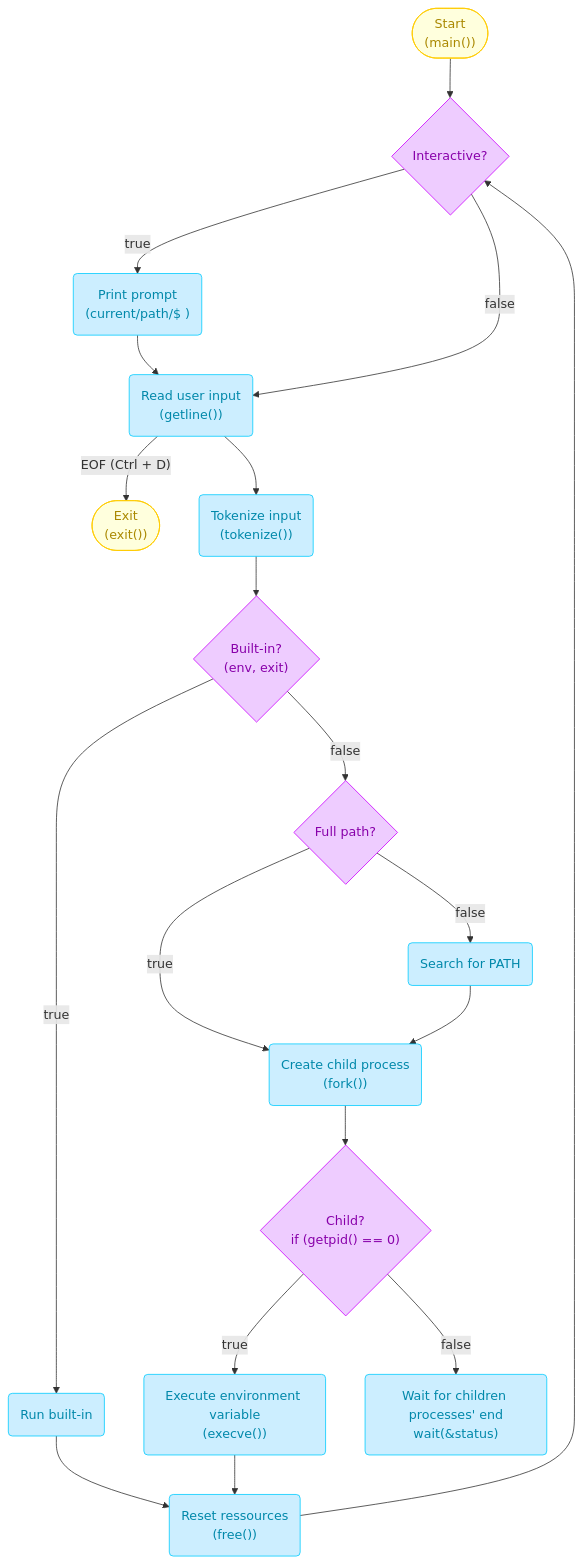
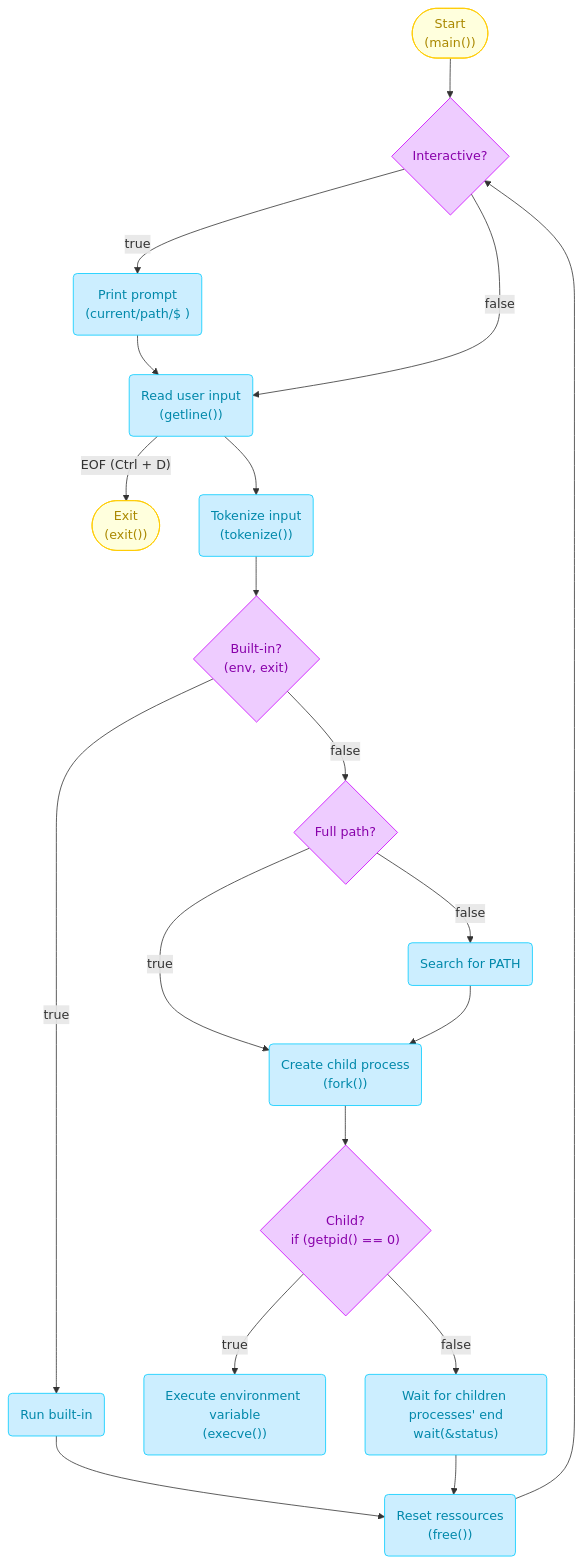
Before and after one commit to Ashe2A/holbertonschool-simple_shell: the diagram in README.md, drawn with Mermaid.

Commit message:
reset ressources from parent

````diff
--- a/README.md
+++ b/README.md
@@ -38,39 +38,39 @@
 ```mermaid
 flowchart
     start(["Start<br>(main())"]) --> interact{"Interactive?"}
     interact -- true --> prompt("Print prompt<br>(current/path/$ )")
     prompt --> getline("Read user input<br>(getline())")
     interact -- false --> getline
     getline -- EOF (Ctrl + D) --> EOF(["Exit<br>(exit())"])
     getline --> tokenize("Tokenize input<br>(tokenize())")
     tokenize --> builtin_check{"Built-in?<br>(env, exit)"}
     builtin_check -- false --> full_path_check{"Full path?"}
     builtin_check -- true --> builtin_run("Run built-in")
     builtin_run --> reset_ressources
     full_path_check -- true --> fork("Create child process<br>(fork())")
     fork --> fork_check{"Child?<br>if (getpid() == 0)"}
     fork_check -- true --> execve("Execute environment variable<br>(execve())")
     fork_check -- false --> wait("Wait for children processes' end<br>wait(&status)")
     full_path_check -- false --> build_path("Search for PATH")
     build_path --> fork
-    execve --> reset_ressources("Reset ressources<br>(free())")
+    wait --> reset_ressources("Reset ressources<br>(free())")
     reset_ressources --> interact
 
     style start stroke:#FC0,fill:#FFD,color:#A80
     style EOF stroke:#FC0,fill:#FFD,color:#A80
 
     style interact stroke:#C0F,fill:#ECF,color:#80A
     style builtin_check stroke:#C0F,fill:#ECF,color:#80A
     style full_path_check stroke:#C0F,fill:#ECF,color:#80A
     style fork_check stroke:#C0F,fill:#ECF,color:#80A
 
     style prompt stroke:#0CF,fill:#CEF,color:#08A
     style getline stroke:#0CF,fill:#CEF,color:#08A
     style tokenize stroke:#0CF,fill:#CEF,color:#08A
     style builtin_run stroke:#0CF,fill:#CEF,color:#08A
     style fork stroke:#0CF,fill:#CEF,color:#08A
     style build_path stroke:#0CF,fill:#CEF,color:#08A
     style execve stroke:#0CF,fill:#CEF,color:#08A
     style reset_ressources stroke:#0CF,fill:#CEF,color:#08A
     style wait stroke:#0CF,fill:#CEF,color:#08A
 ```
````
